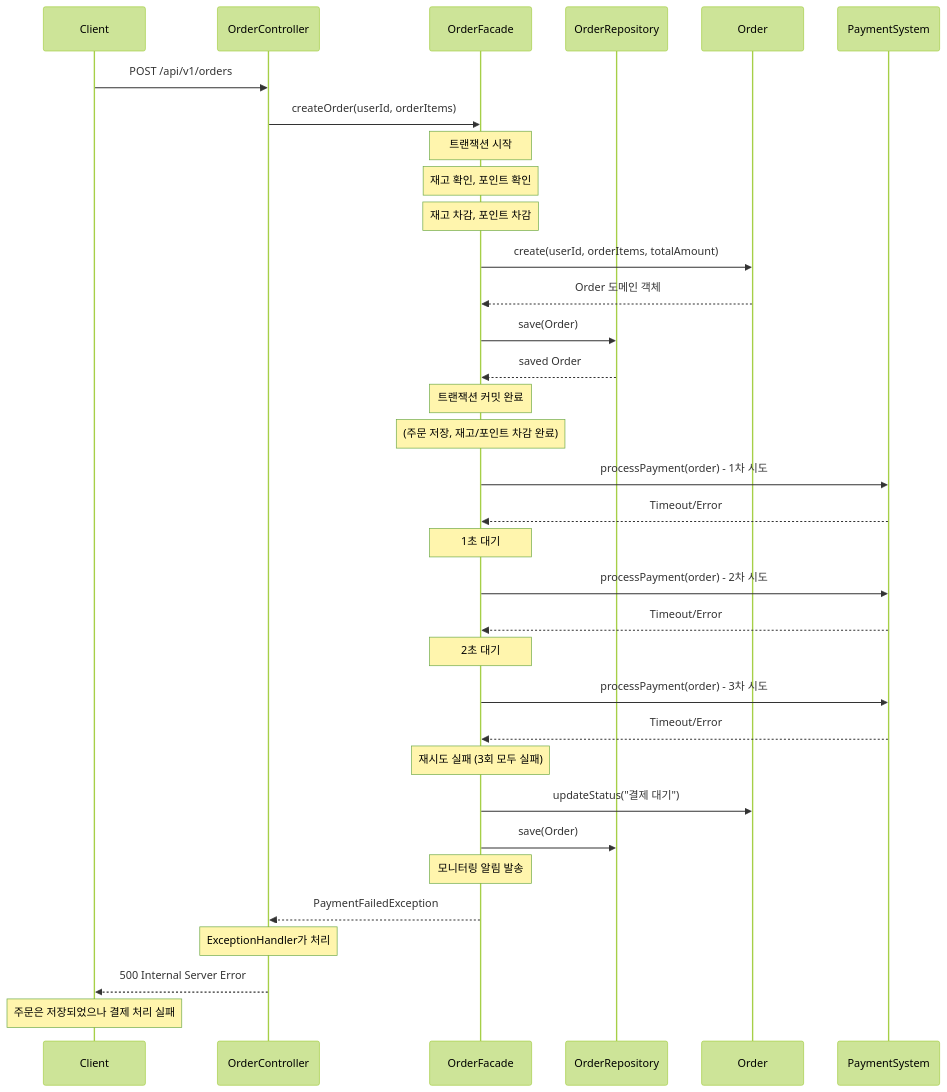
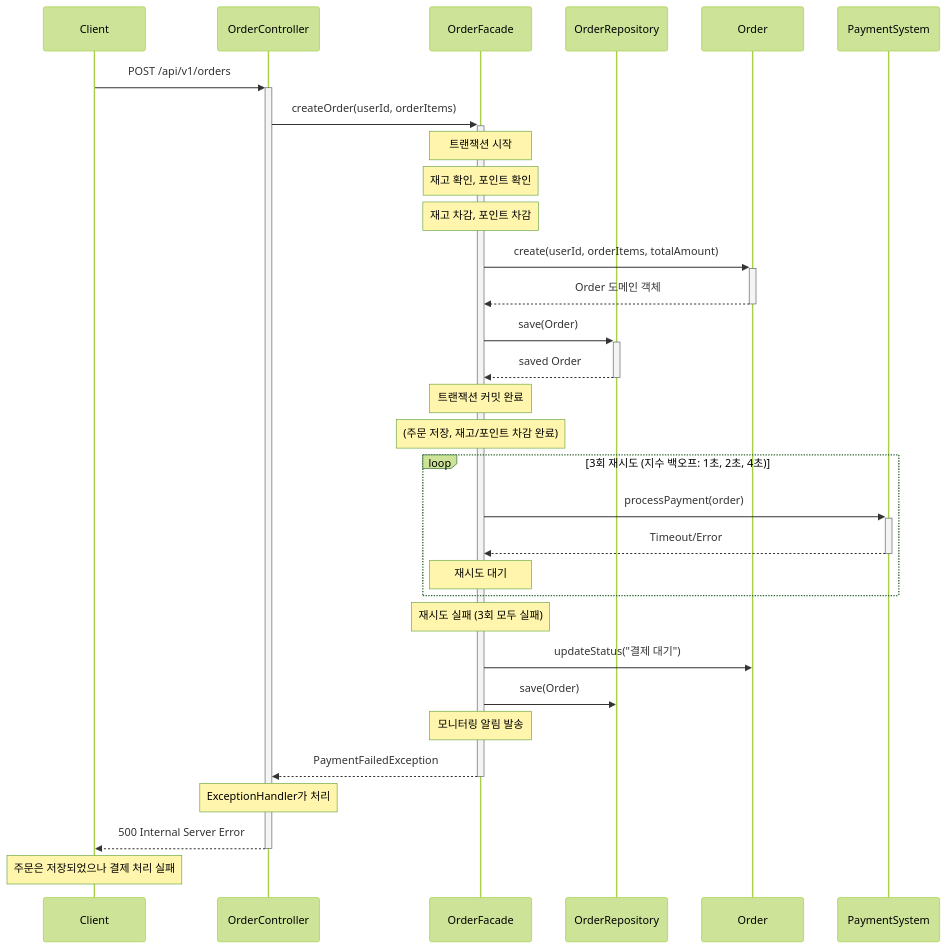
Diagram 14 of 16 in docs/week2/02-sequence-diagrams.md (Loopers-dev-lab/loopers-spring-java-template), drawn with Mermaid (forest theme) before and after one commit. The commit also changed other lines of this file, not shown here.

Commit message:
docs: 시퀀스 다이어그램 activation bar 추가

````diff
--- a/docs/week2/02-sequence-diagrams.md
+++ b/docs/week2/02-sequence-diagrams.md
@@ -593,48 +597,43 @@
 ```mermaid
 sequenceDiagram
     participant Client
     participant OrderController
     participant OrderFacade
     participant OrderRepository
     participant Order
     participant PaymentSystem
 
-    Client->>OrderController: POST /api/v1/orders
+    Client->>+OrderController: POST /api/v1/orders
 
-    OrderController->>OrderFacade: createOrder(userId, orderItems)
+    OrderController->>+OrderFacade: createOrder(userId, orderItems)
 
     Note over OrderFacade: 트랜잭션 시작
     Note over OrderFacade: 재고 확인, 포인트 확인
     Note over OrderFacade: 재고 차감, 포인트 차감
 
-    OrderFacade->>Order: create(userId, orderItems, totalAmount)
-    Order-->>OrderFacade: Order 도메인 객체
+    OrderFacade->>+Order: create(userId, orderItems, totalAmount)
+    Order-->>-OrderFacade: Order 도메인 객체
 
-    OrderFacade->>OrderRepository: save(Order)
-    OrderRepository-->>OrderFacade: saved Order
+    OrderFacade->>+OrderRepository: save(Order)
+    OrderRepository-->>-OrderFacade: saved Order
 
     Note over OrderFacade: 트랜잭션 커밋 완료
     Note over OrderFacade: (주문 저장, 재고/포인트 차감 완료)
 
-    OrderFacade->>PaymentSystem: processPayment(order) - 1차 시도
-    PaymentSystem-->>OrderFacade: Timeout/Error
-
-    Note over OrderFacade: 1초 대기
-    OrderFacade->>PaymentSystem: processPayment(order) - 2차 시도
-    PaymentSystem-->>OrderFacade: Timeout/Error
-
-    Note over OrderFacade: 2초 대기
-    OrderFacade->>PaymentSystem: processPayment(order) - 3차 시도
-    PaymentSystem-->>OrderFacade: Timeout/Error
+    loop 3회 재시도 (지수 백오프: 1초, 2초, 4초)
+        OrderFacade->>+PaymentSystem: processPayment(order)
+        PaymentSystem-->>-OrderFacade: Timeout/Error
+        Note over OrderFacade: 재시도 대기
+    end
 
     Note over OrderFacade: 재시도 실패 (3회 모두 실패)
     OrderFacade->>Order: updateStatus("결제 대기")
     OrderFacade->>OrderRepository: save(Order)
 
     Note over OrderFacade: 모니터링 알림 발송
 
-    OrderFacade-->>OrderController: PaymentFailedException
+    OrderFacade-->>-OrderController: PaymentFailedException
     Note over OrderController: ExceptionHandler가 처리
-    OrderController-->>Client: 500 Internal Server Error
+    OrderController-->>-Client: 500 Internal Server Error
     Note over Client: 주문은 저장되었으나 결제 처리 실패
 ```
````
